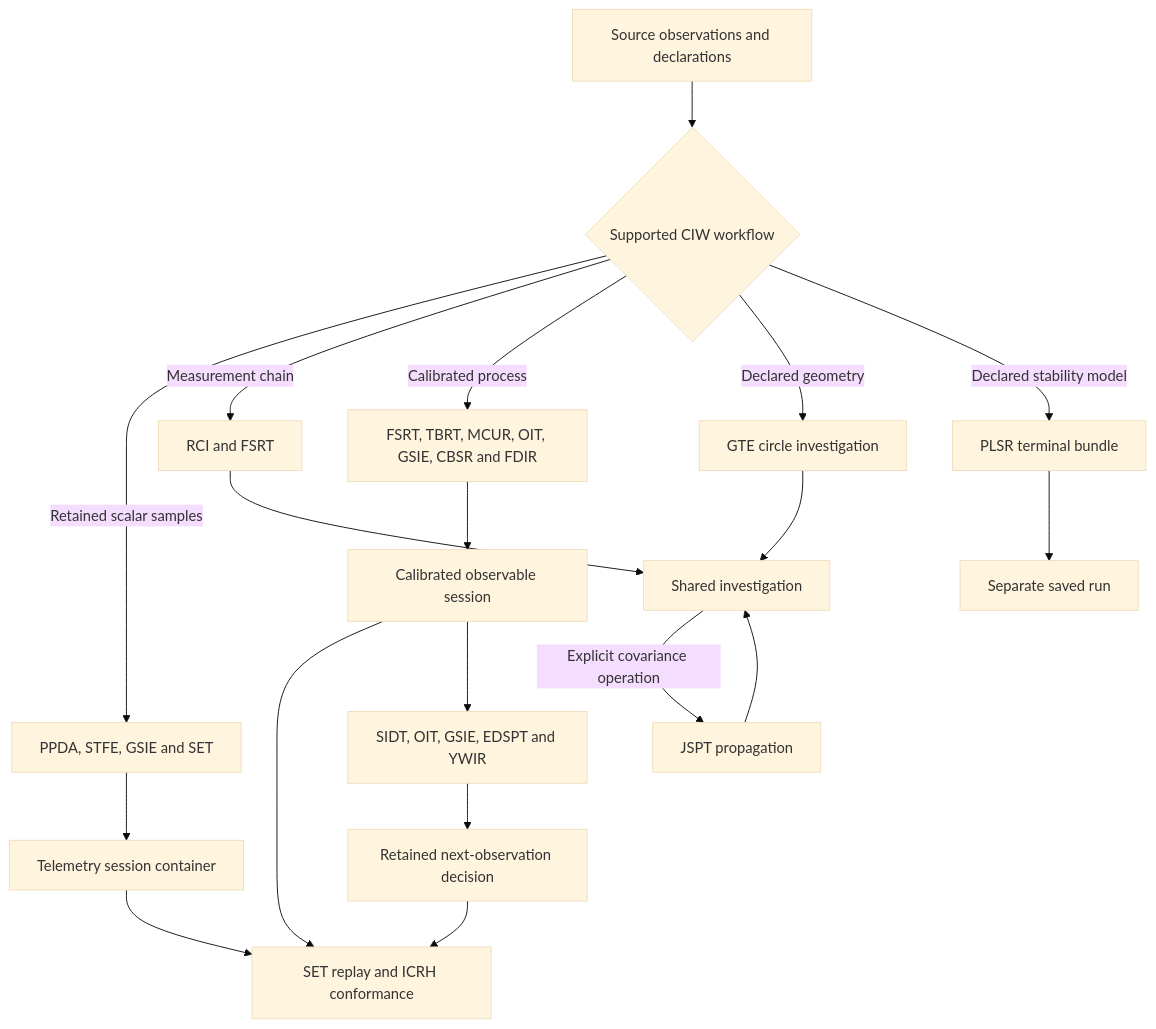
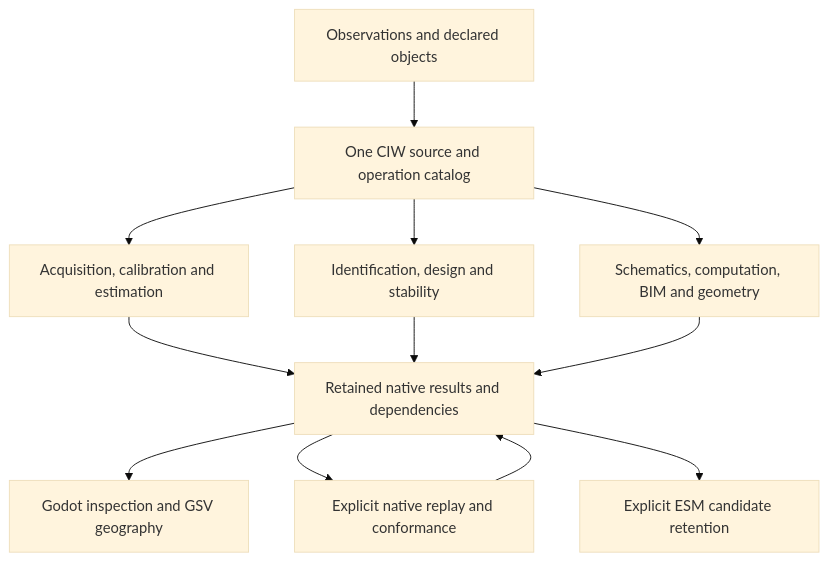
The diagram in docs/STACK.md (giasonpooni/Computational-Instrumentation-Workbench), drawn with Mermaid (base theme) before and after one commit. The commit also changed other lines of this file and 38 other files, not shown here.

Commit message:
Assemble native measurement, geometry and identified stability in the shared workbench

````diff
--- a/docs/STACK.md
+++ b/docs/STACK.md
@@ -9,21 +9,14 @@
 ```mermaid
 flowchart TD
-    Inputs["Source observations and declarations"] --> Choice{"Supported CIW workflow"}
-    Choice -->|Retained scalar samples| Telemetry["PPDA, STFE, GSIE and SET"]
-    Choice -->|Measurement chain| Measurement["RCI and FSRT"]
-    Choice -->|Calibrated process| Process["FSRT, TBRT, MCUR, OIT, GSIE, CBSR and FDIR"]
-    Choice -->|Declared geometry| Geometry["GTE circle investigation"]
-    Choice -->|Declared stability model| Stability["PLSR terminal bundle"]
-    Telemetry --> Separate["Telemetry session container"]
-    Process --> Calibrated["Calibrated observable session"]
-    Calibrated --> Check["SET replay and ICRH conformance"]
-    Separate --> Check
-    Calibrated --> Decision["SIDT, OIT, GSIE, EDSPT and YWIR"]
-    Decision --> Advisory["Retained next-observation decision"]
-    Advisory --> Check
-    Measurement --> Shared["Shared investigation"]
-    Geometry --> Shared
-    Shared -->|Explicit covariance operation| JSPT["JSPT propagation"]
-    JSPT --> Shared
-    Stability --> Bundle["Separate saved run"]
+    Inputs["Observations and declared objects"] --> Catalog["One CIW source and operation catalog"]
+    Catalog --> Measurements["Acquisition, calibration and estimation"]
+    Catalog --> Models["Identification, design and stability"]
+    Catalog --> Objects["Schematics, computation, BIM and geometry"]
+    Measurements --> Results["Retained native results and dependencies"]
+    Models --> Results
+    Objects --> Results
+    Results --> Views["Godot inspection and GSV geography"]
+    Results --> Replay["Explicit native replay and conformance"]
+    Replay --> Results
+    Results --> Evidence["Explicit ESM candidate retention"]
 ```
````
